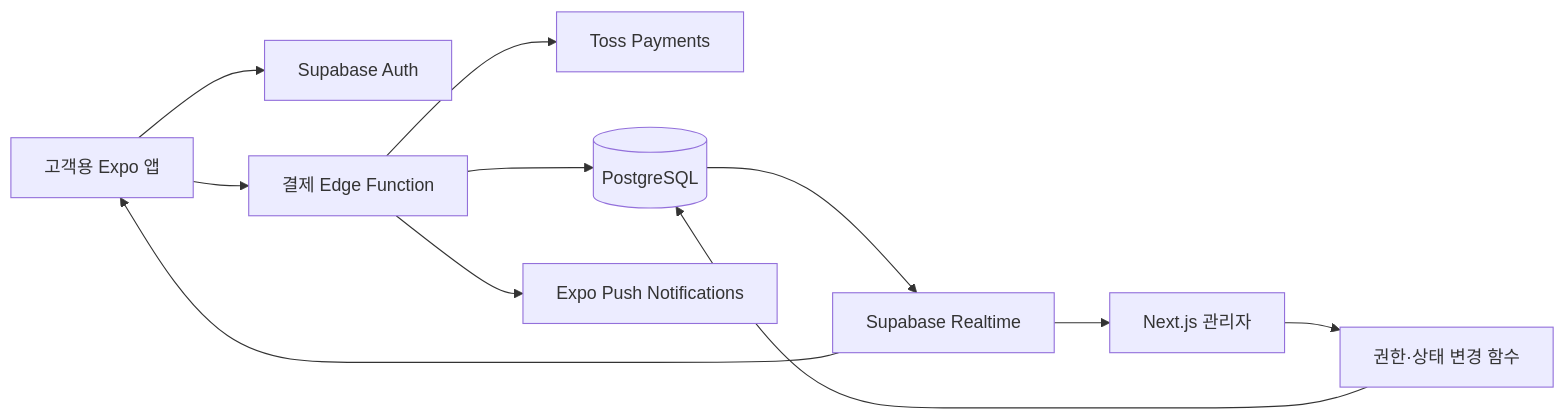
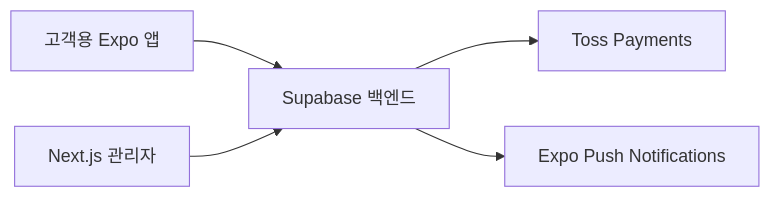
Before and after one commit to shin-cj/himnaegae: the first of 2 diagrams in README.md, drawn with Mermaid. The commit also changed other lines of this file, not shown here.

````diff
--- a/README.md
+++ b/README.md
@@ -13,13 +13,7 @@
 ```mermaid
 flowchart LR
-    Customer[고객용 Expo 앱] --> Auth[Supabase Auth]
-    Customer --> Payment[결제 Edge Function]
-    Payment --> Toss[Toss Payments]
-    Payment --> DB[(PostgreSQL)]
-    Admin[Next.js 관리자] --> RPC[권한·상태 변경 함수]
-    RPC --> DB
-    DB --> Realtime[Supabase Realtime]
-    Realtime --> Customer
-    Realtime --> Admin
-    Payment --> Push[Expo Push Notifications]
+    Customer[고객용 Expo 앱] --> Backend[Supabase 백엔드]
+    Admin[Next.js 관리자] --> Backend
+    Backend --> Toss[Toss Payments]
+    Backend --> Push[Expo Push Notifications]
 ```
````
